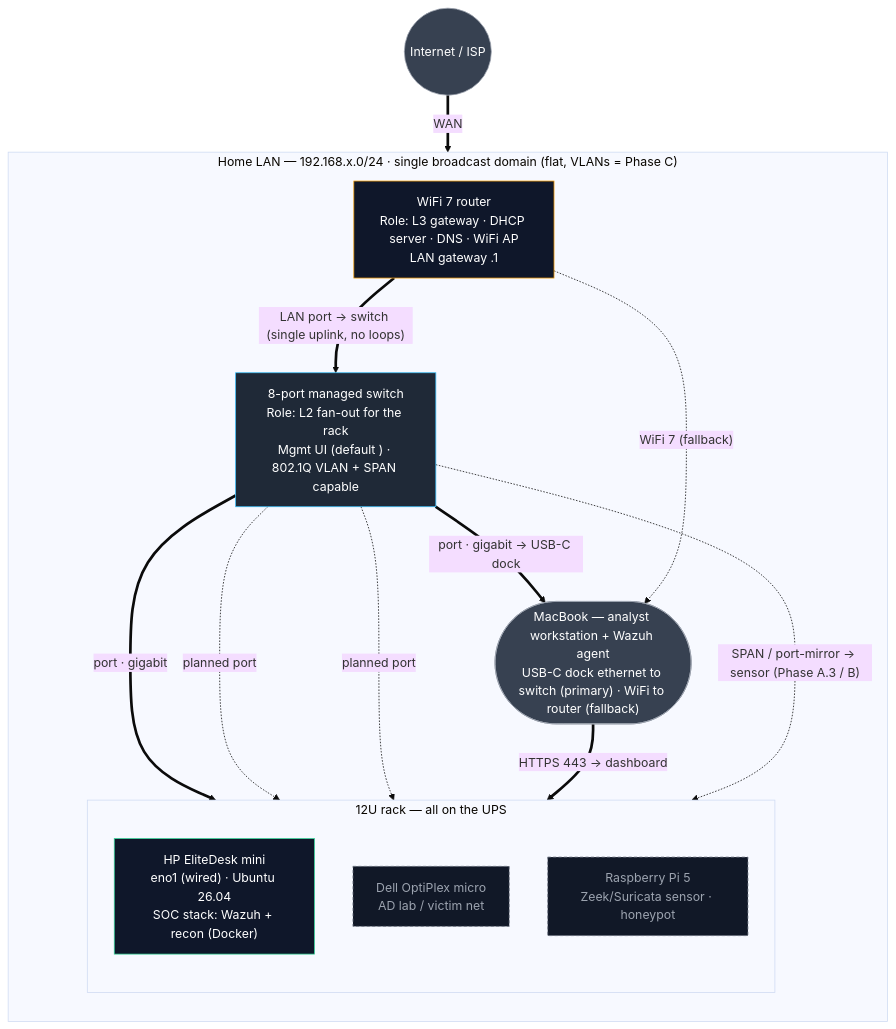
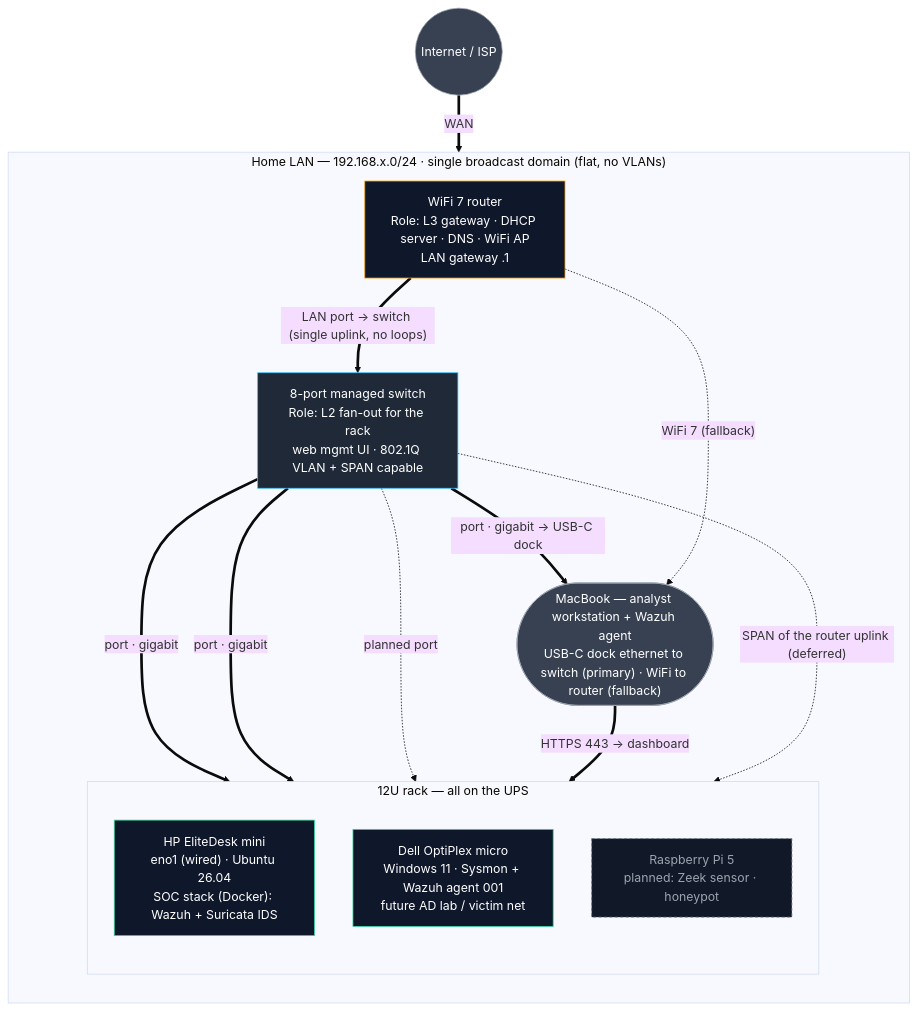
The diagram in phase-a-foundation/network-topology.mmd (ktalons/talonsoclab), drawn with Mermaid (base theme) before and after one commit. The commit also changed 22 other files, not shown here.

Commit message:
tools: leakcheck rewrite, git hooks, tests; docs: soc-recon readme, runbook 01, architecture

```diff
--- a/phase-a-foundation/network-topology.mmd
+++ b/phase-a-foundation/network-topology.mmd
@@ -1,48 +1,48 @@
 flowchart TB
 %% TalonSocLab — Physical / L2 network topology (home-lab edition)
 %% Companion to architecture.mmd (which is the *container* topology).
 %% This diagram is the WIRING: what plugs into what, and at which layer.
-%% Legend: solid = wired now · dashed = planned (Dell AD lab, Pi sensor, SPAN, VLANs) or wireless
+%% Legend: solid = wired now · dashed = planned (Pi sensor, SPAN) or wireless
 %% Gateway/DHCP/DNS all live on the router (L3). The switch is L2 fan-out.
 
     Internet((Internet / ISP))
 
-    subgraph LAN["Home LAN — 192.168.x.0/24 · single broadcast domain (flat, VLANs = Phase C)"]
+    subgraph LAN["Home LAN — 192.168.x.0/24 · single broadcast domain (flat, no VLANs)"]
         direction TB
 
         Router["WiFi 7 router<br/>Role: L3 gateway · DHCP server · DNS · WiFi AP<br/>LAN gateway .1"]
 
-        Switch["8-port managed switch<br/>Role: L2 fan-out for the rack<br/>Mgmt UI (default <OLD-GATEWAY-IP>) · 802.1Q VLAN + SPAN capable"]
+        Switch["8-port managed switch<br/>Role: L2 fan-out for the rack<br/>web mgmt UI · 802.1Q VLAN + SPAN capable"]
 
         subgraph Rack["12U rack — all on the UPS"]
             direction TB
-            Elite["HP EliteDesk mini<br/>eno1 (wired) · Ubuntu 26.04<br/>SOC stack: Wazuh + recon (Docker)"]
-            Dell["Dell OptiPlex micro<br/>AD lab / victim net"]
-            Pi["Raspberry Pi 5<br/>Zeek/Suricata sensor · honeypot"]
+            Elite["HP EliteDesk mini<br/>eno1 (wired) · Ubuntu 26.04<br/>SOC stack (Docker): Wazuh + Suricata IDS"]
+            Dell["Dell OptiPlex micro<br/>Windows 11 · Sysmon + Wazuh agent 001<br/>future AD lab / victim net"]
+            Pi["Raspberry Pi 5<br/>planned: Zeek sensor · honeypot"]
         end
 
         Mac(["MacBook — analyst workstation + Wazuh agent<br/>USB-C dock ethernet to switch (primary) · WiFi to router (fallback)"])
     end
 
     Internet ==>|WAN| Router
     Router ==>|"LAN port → switch (single uplink, no loops)"| Switch
     Switch ==>|"port · gigabit"| Elite
     Switch ==>|"port · gigabit → USB-C dock"| Mac
-    Switch -. "planned port" .-> Dell
+    Switch ==>|"port · gigabit"| Dell
     Switch -. "planned port" .-> Pi
     Router -. "WiFi 7 (fallback)" .-> Mac
     Mac ==>|"HTTPS 443 → dashboard"| Elite
 
-    Switch -. "SPAN / port-mirror → sensor (Phase A.3 / B)" .-> Pi
+    Switch -. "SPAN of the router uplink (deferred)" .-> Elite
 
     classDef net fill:#0f172a,stroke:#f59e0b,color:#fff
     classDef sw  fill:#1f2937,stroke:#38bdf8,color:#fff
     classDef host fill:#0f172a,stroke:#34d399,color:#fff
     classDef planned fill:#111827,stroke:#6b7280,color:#9ca3af,stroke-dasharray:4 3
     classDef ext fill:#374151,stroke:#9ca3af,color:#fff
 
     class Router net
     class Switch sw
-    class Elite host
-    class Dell,Pi planned
+    class Elite,Dell host
+    class Pi planned
     class Internet,Mac ext
```
